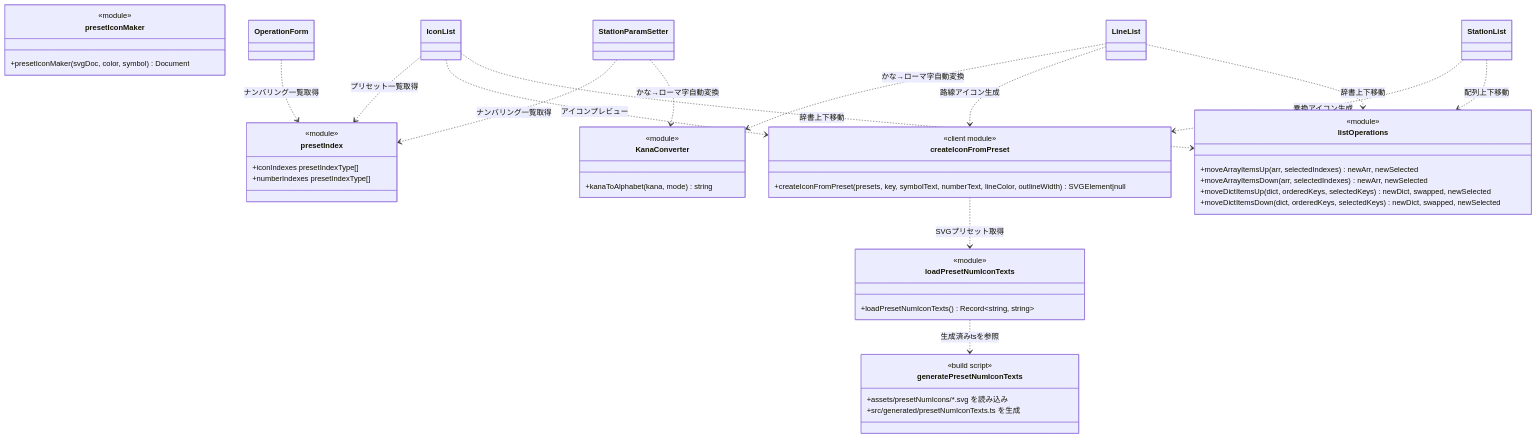
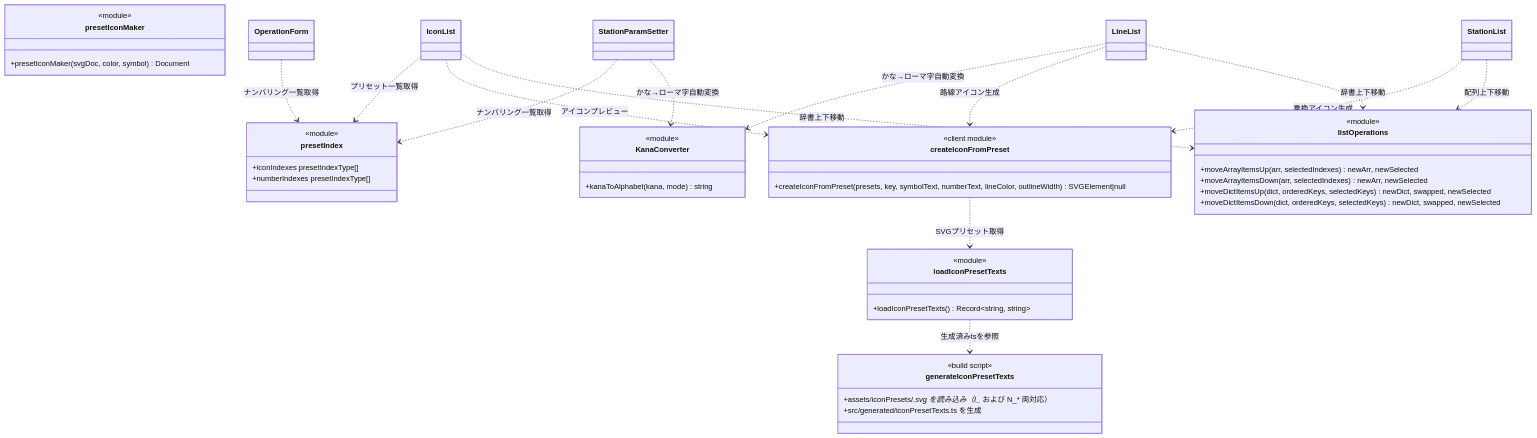
Before and after one commit to gosenzoo/trainLCD_deploy: the fourth of 4 diagrams in spec.md, drawn with Mermaid. The commit also changed other lines of this file and 57 other files, not shown here.

````diff
--- a/spec.md
+++ b/spec.md
@@ -1193,57 +1199,57 @@
 ```mermaid
 classDiagram
 
     class createIconFromPreset {
         <<client module>>
         +createIconFromPreset(presets, key, symbolText, numberText, lineColor, outlineWidth) SVGElement|null
     }
 
-    class loadPresetNumIconTexts {
+    class loadIconPresetTexts {
         <<module>>
-        +loadPresetNumIconTexts() Record~string, string~
+        +loadIconPresetTexts() Record~string, string~
     }
 
     class presetIndex {
         <<module>>
         +iconIndexes presetIndexType[]
         +numberIndexes presetIndexType[]
     }
 
     class KanaConverter {
         <<module>>
         +kanaToAlphabet(kana, mode) string
     }
 
     class presetIconMaker {
         <<module>>
         +presetIconMaker(svgDoc, color, symbol) Document
     }
 
-    class generatePresetNumIconTexts {
+    class generateIconPresetTexts {
         <<build script>>
-        +assets/presetNumIcons/*.svg を読み込み
-        +src/generated/presetNumIconTexts.ts を生成
+        +assets/iconPresets/*.svg を読み込み（I_* および N_* 両対応）
+        +src/generated/iconPresetTexts.ts を生成
     }
 
     class listOperations {
         <<module>>
         +moveArrayItemsUp(arr, selectedIndexes) newArr, newSelected
         +moveArrayItemsDown(arr, selectedIndexes) newArr, newSelected
         +moveDictItemsUp(dict, orderedKeys, selectedKeys) newDict, swapped, newSelected
         +moveDictItemsDown(dict, orderedKeys, selectedKeys) newDict, swapped, newSelected
     }
 
     StationList ..> listOperations : 配列上下移動
     LineList ..> listOperations : 辞書上下移動
     IconList ..> listOperations : 辞書上下移動
     StationList ..> createIconFromPreset : 乗換アイコン生成
     LineList ..> createIconFromPreset : 路線アイコン生成
     IconList ..> createIconFromPreset : アイコンプレビュー
     StationParamSetter ..> KanaConverter : かな→ローマ字自動変換
     LineList ..> KanaConverter : かな→ローマ字自動変換
-    createIconFromPreset ..> loadPresetNumIconTexts : SVGプリセット取得
-    loadPresetNumIconTexts ..> generatePresetNumIconTexts : 生成済みtsを参照
+    createIconFromPreset ..> loadIconPresetTexts : SVGプリセット取得
+    loadIconPresetTexts ..> generateIconPresetTexts : 生成済みtsを参照
     IconList ..> presetIndex : プリセット一覧取得
     OperationForm ..> presetIndex : ナンバリング一覧取得
     StationParamSetter ..> presetIndex : ナンバリング一覧取得
 ```
````
